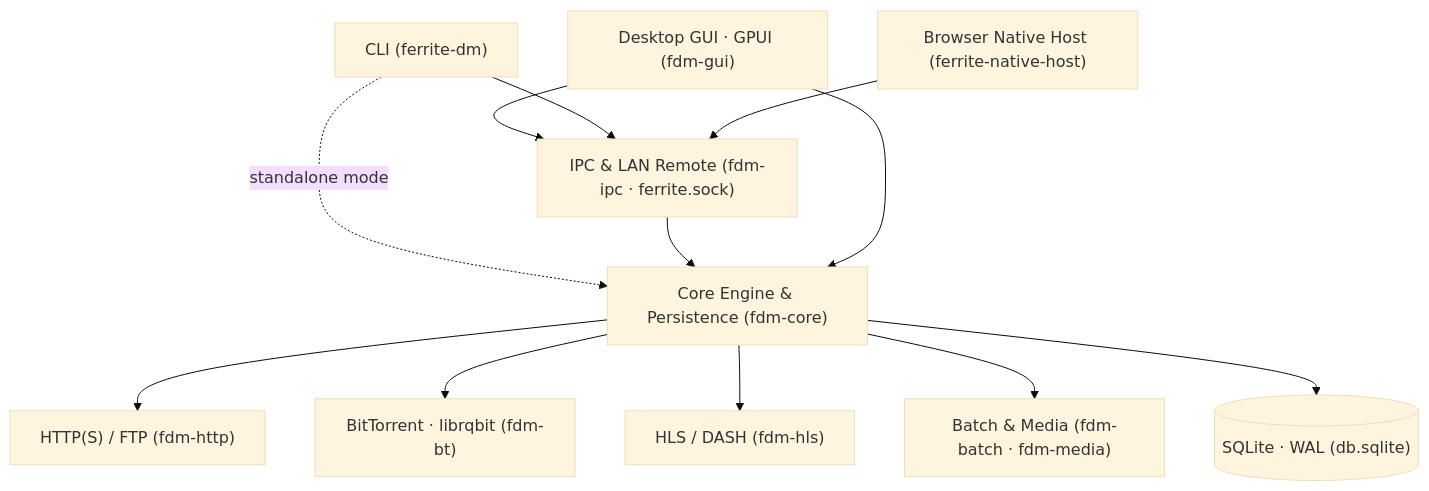
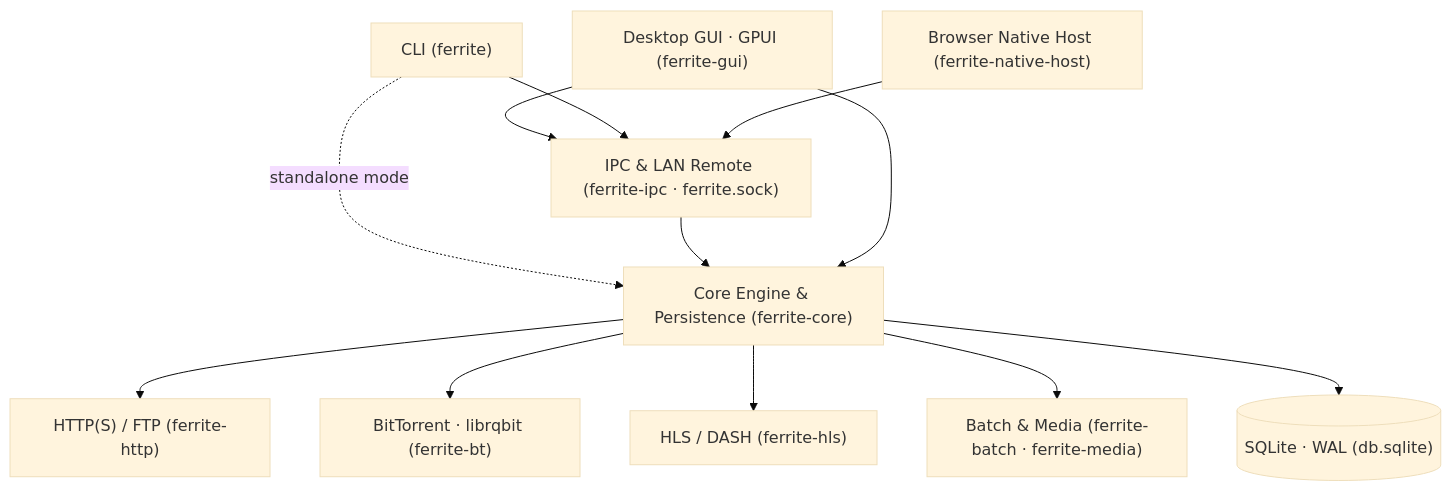
The diagram in README.md (itsarian/ferrite), drawn with Mermaid (base theme) before and after one commit. The commit also changed other lines of this file and 122 other files, not shown here.

````diff
--- a/README.md
+++ b/README.md
@@ -219,14 +219,14 @@
 ```mermaid
 flowchart TD
-    GUI["Desktop GUI · GPUI (fdm-gui)"] --> IPC["IPC & LAN Remote (fdm-ipc · ferrite.sock)"]
-    CLI["CLI (ferrite-dm)"] --> IPC
+    GUI["Desktop GUI · GPUI (ferrite-gui)"] --> IPC["IPC & LAN Remote (ferrite-ipc · ferrite.sock)"]
+    CLI["CLI (ferrite)"] --> IPC
     CLI -. "standalone mode" .-> CORE
     NH["Browser Native Host (ferrite-native-host)"] --> IPC
-    IPC --> CORE["Core Engine & Persistence (fdm-core)"]
+    IPC --> CORE["Core Engine & Persistence (ferrite-core)"]
     GUI --> CORE
-    CORE --> HTTP["HTTP(S) / FTP (fdm-http)"]
-    CORE --> BT["BitTorrent · librqbit (fdm-bt)"]
-    CORE --> HLS["HLS / DASH (fdm-hls)"]
-    CORE --> BATCH["Batch & Media (fdm-batch · fdm-media)"]
+    CORE --> HTTP["HTTP(S) / FTP (ferrite-http)"]
+    CORE --> BT["BitTorrent · librqbit (ferrite-bt)"]
+    CORE --> HLS["HLS / DASH (ferrite-hls)"]
+    CORE --> BATCH["Batch & Media (ferrite-batch · ferrite-media)"]
     CORE --> DB[("SQLite · WAL (db.sqlite)")]
 ```
````
